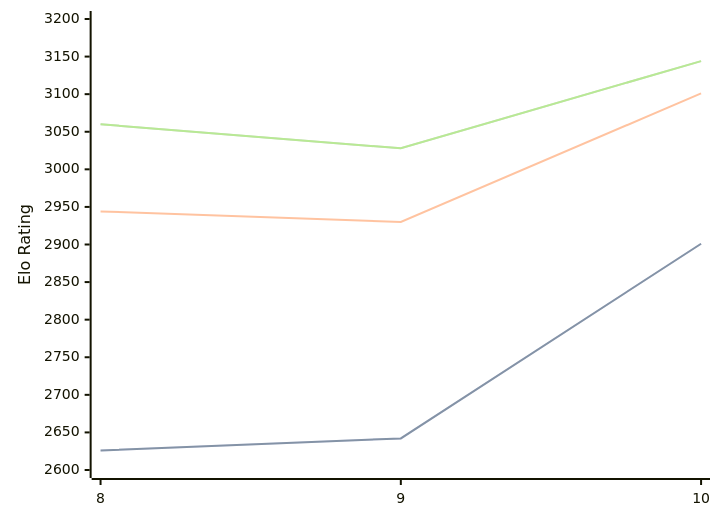
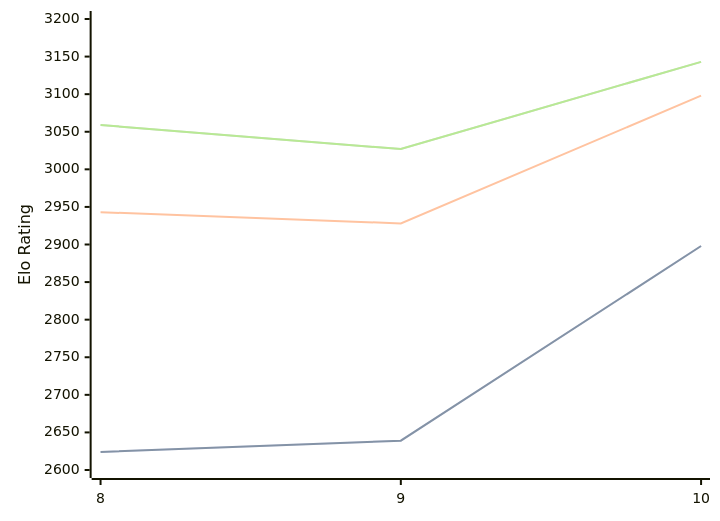
Before and after one commit to computer-chess-index/cci: the diagram in engines/Lozza.md, drawn with Mermaid. The commit also changed other lines of this file, not shown here.

Commit message:
Update CCI Ratings (ELO VLTC) - 2026-03-31

````diff
--- a/engines/Lozza.md
+++ b/engines/Lozza.md
@@ -41,11 +41,11 @@
 ```mermaid
 %%{init: {"theme":"base","themeVariables":{"seriesColors:['#a3a3a3','#222221','#faa371']}}}%%
 xychart-beta
   x-axis ["8", "9", "10"]
   y-axis "Elo Rating" 2600 --> 3200
-  line "STC (8.0+0.08s)" [2626, 2642, 2901]
-  line "STC (8.0+0.08s)" [2626, 2642, 2901]
-  line "LTC (60.0+0.60s)" [2944, 2930, 3101]
-  line "VLTC (2m24s+1.12s)" [3060, 3028, 3144]
-  line "VLTC (2m24s+1.12s)" [3060, 3028, 3144]
+  line "STC (8.0+0.08s)" [2624, 2639, 2898]
+  line "STC (8.0+0.08s)" [2624, 2639, 2898]
+  line "LTC (60.0+0.60s)" [2943, 2928, 3098]
+  line "VLTC (2m24s+1.12s)" [3059, 3027, 3143]
+  line "VLTC (2m24s+1.12s)" [3059, 3027, 3143]
 ```
````
